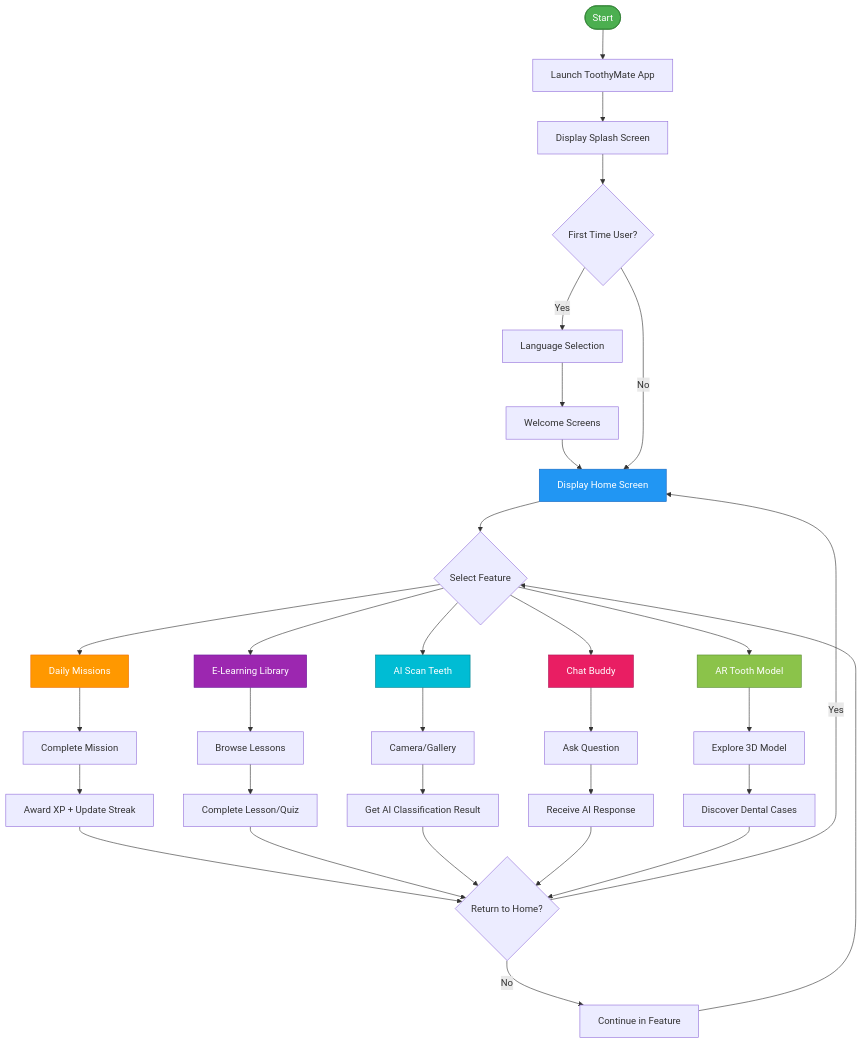
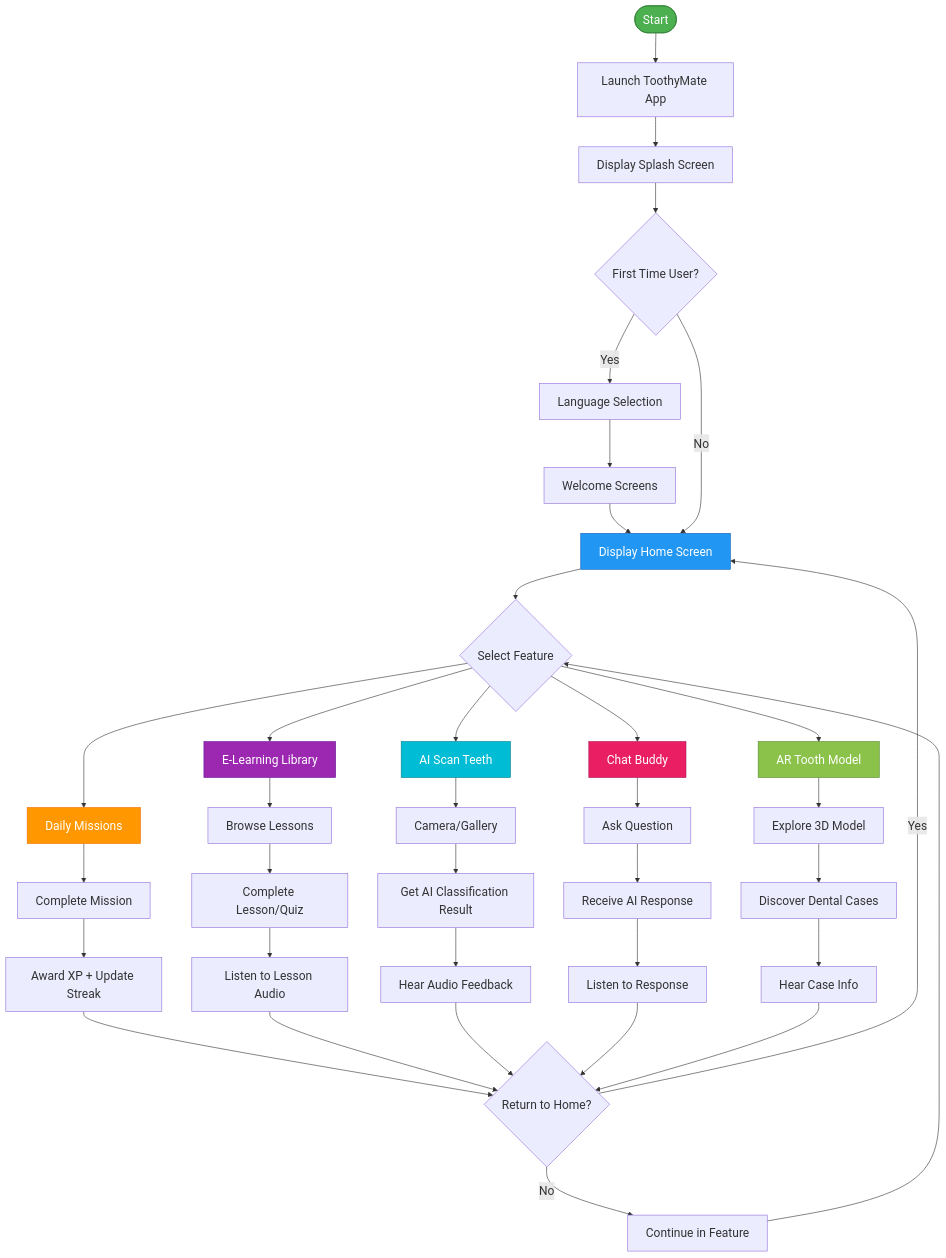
The sixth of 15 diagrams in thesis_chapters/Mermaid_Diagrams.md (nabilashahirah/toothymate), drawn with Mermaid before and after one commit. The commit also changed other lines of this file and 9 other files, not shown here.

````diff
--- a/thesis_chapters/Mermaid_Diagrams.md
+++ b/thesis_chapters/Mermaid_Diagrams.md
@@ -90,53 +187,58 @@
 ```mermaid
+%%{init: {'themeVariables': { 'fontSize': '20px'}}}%%
 flowchart TD
     A([Start]) --> B[Launch ToothyMate App]
     B --> C[Display Splash Screen]
     C --> D{First Time User?}
 
     D -->|Yes| E[Language Selection]
     E --> F[Welcome Screens]
     F --> G[Display Home Screen]
 
     D -->|No| G
 
     G --> H{Select Feature}
 
     H --> I[Daily Missions]
     H --> J[E-Learning Library]
     H --> K[AI Scan Teeth]
     H --> L[Chat Buddy]
     H --> M[AR Tooth Model]
 
     I --> I1[Complete Mission]
     I1 --> I2[Award XP + Update Streak]
 
     J --> J1[Browse Lessons]
     J1 --> J2[Complete Lesson/Quiz]
+    J2 --> J3[Listen to Lesson Audio]
 
     K --> K1[Camera/Gallery]
     K1 --> K2[Get AI Classification Result]
+    K2 --> K3[Hear Audio Feedback]
 
     L --> L1[Ask Question]
     L1 --> L2[Receive AI Response]
+    L2 --> L3[Listen to Response]
 
     M --> M1[Explore 3D Model]
     M1 --> M2[Discover Dental Cases]
+    M2 --> M3[Hear Case Info]
 
     I2 --> N{Return to Home?}
-    J2 --> N
-    K2 --> N
-    L2 --> N
-    M2 --> N
+    J3 --> N
+    K3 --> N
+    L3 --> N
+    M3 --> N
 
     N -->|Yes| G
     N -->|No| O[Continue in Feature]
     O --> H
 
     style A fill:#4CAF50,stroke:#2E7D32,color:#fff
     style G fill:#2196F3,stroke:#1565C0,color:#fff
     style I fill:#FF9800,stroke:#EF6C00,color:#fff
     style J fill:#9C27B0,stroke:#6A1B9A,color:#fff
     style K fill:#00BCD4,stroke:#00838F,color:#fff
     style L fill:#E91E63,stroke:#AD1457,color:#fff
     style M fill:#8BC34A,stroke:#558B2F,color:#fff
 ```
````
